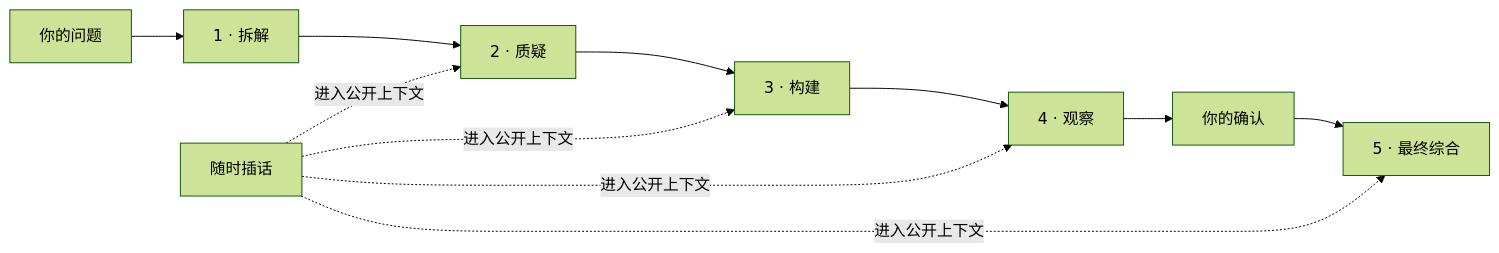
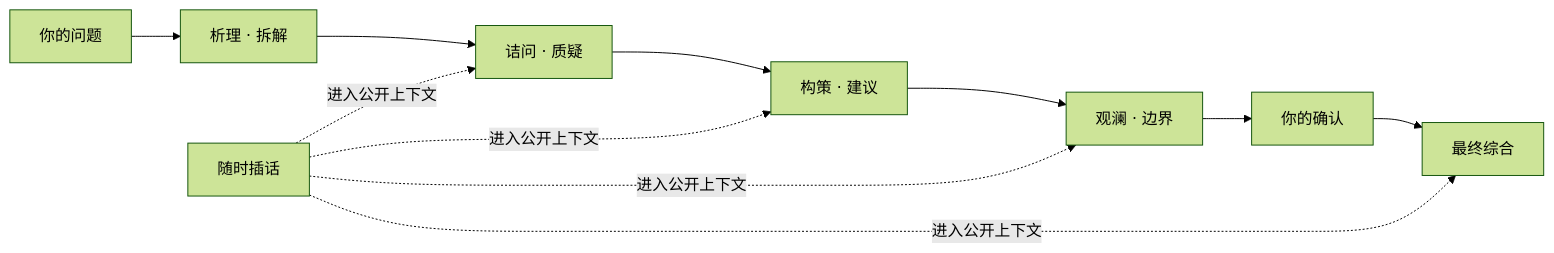
One commit to loveramarois-byte/council-lab changed the diagram in README.md. Above: the diagram before and after it, drawn with Mermaid (forest theme). The commit also changed other lines of this file and 7 other files, not shown here.

````diff
--- a/README.md
+++ b/README.md
@@ -46,13 +51,13 @@
 ```mermaid
 flowchart LR
-    Q["你的问题"] --> A["1 · 拆解"]
-    A --> C["2 · 质疑"]
-    C --> B["3 · 构建"]
-    B --> O["4 · 观察"]
+    Q["你的问题"] --> A["析理 · 拆解"]
+    A --> C["诘问 · 质疑"]
+    C --> B["构策 · 建议"]
+    B --> O["观澜 · 边界"]
     O --> H["你的确认"]
-    H --> F["5 · 最终综合"]
+    H --> F["最终综合"]
     U["随时插话"] -.进入公开上下文.-> C
     U -.进入公开上下文.-> B
     U -.进入公开上下文.-> O
     U -.进入公开上下文.-> F
 ```
````
